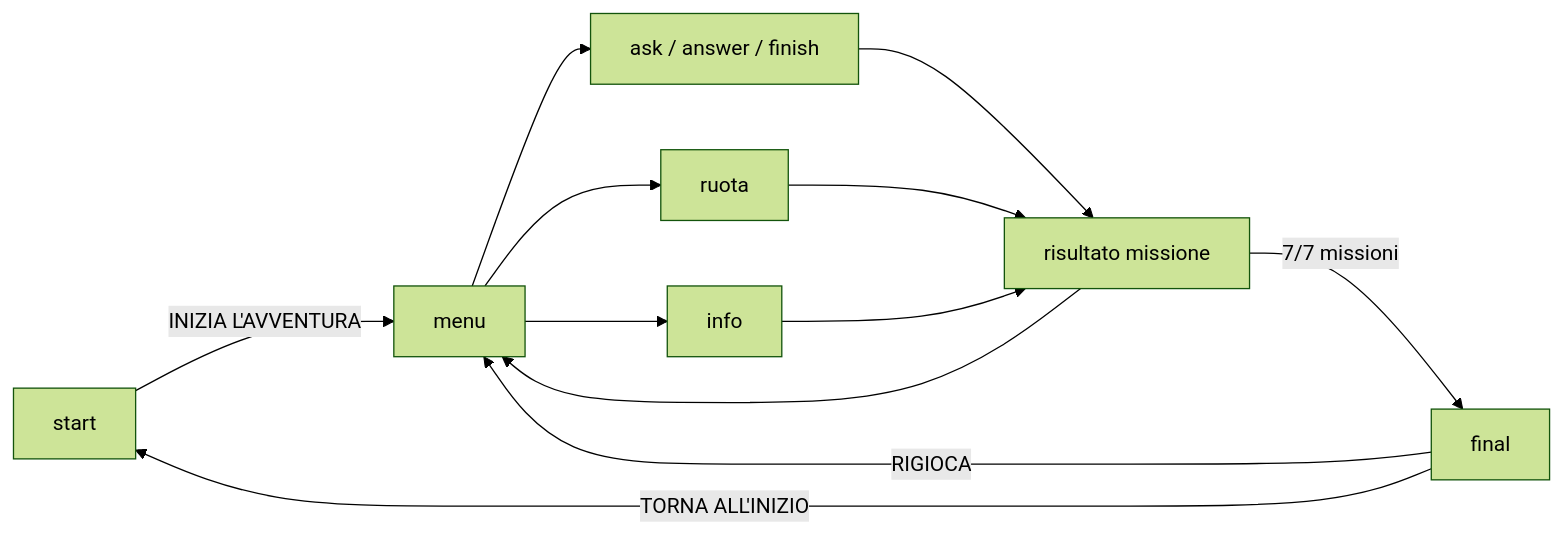
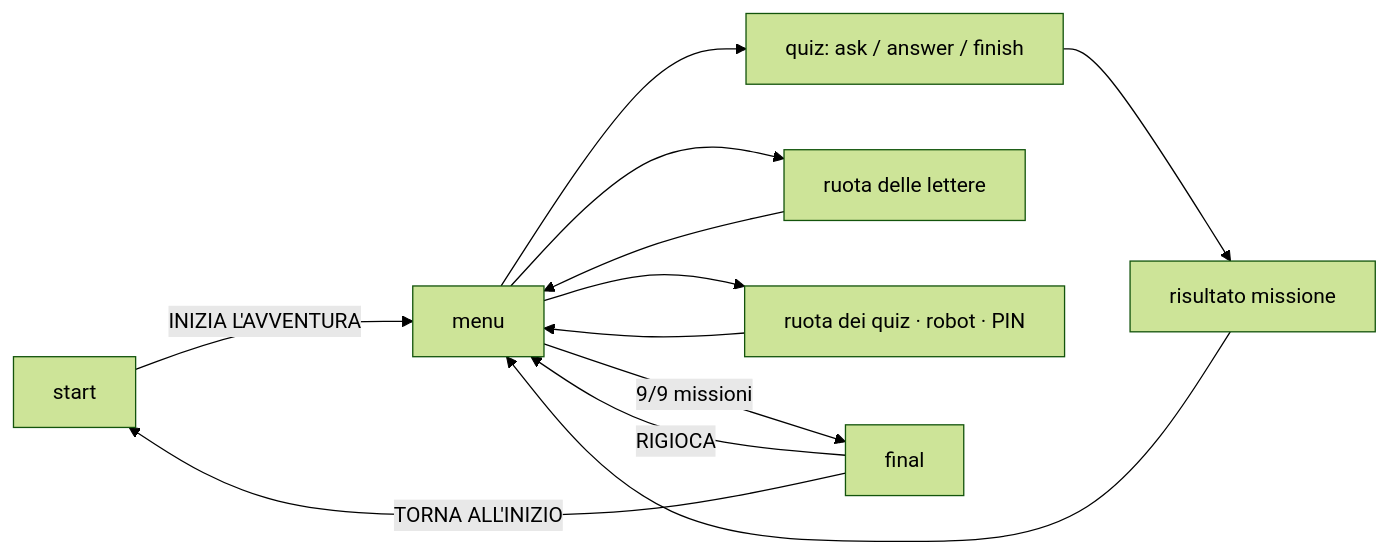
The diagram in README.md (leonardoBernetti/Orientamento-Scuole-Medie), drawn with Mermaid (forest theme) before and after one commit. The commit also changed other lines of this file and 12 other files, not shown here.

````diff
--- a/README.md
+++ b/README.md
@@ -184,14 +188,14 @@
 ```mermaid
 flowchart LR
     A[start] -->|INIZIA L'AVVENTURA| B[menu]
-    B --> C[ask / answer / finish]
-    B --> D[ruota]
-    B --> E[info]
+    B --> C[quiz: ask / answer / finish]
+    B --> D[ruota delle lettere]
+    B --> E[ruota dei quiz · robot · PIN]
     C --> F[risultato missione]
-    D --> F
-    E --> F
     F --> B
-    F -->|7/7 missioni| G[final]
+    D --> B
+    E --> B
+    B -->|9/9 missioni| G[final]
     G -->|RIGIOCA| B
     G -->|TORNA ALL'INIZIO| A
 ```
````
